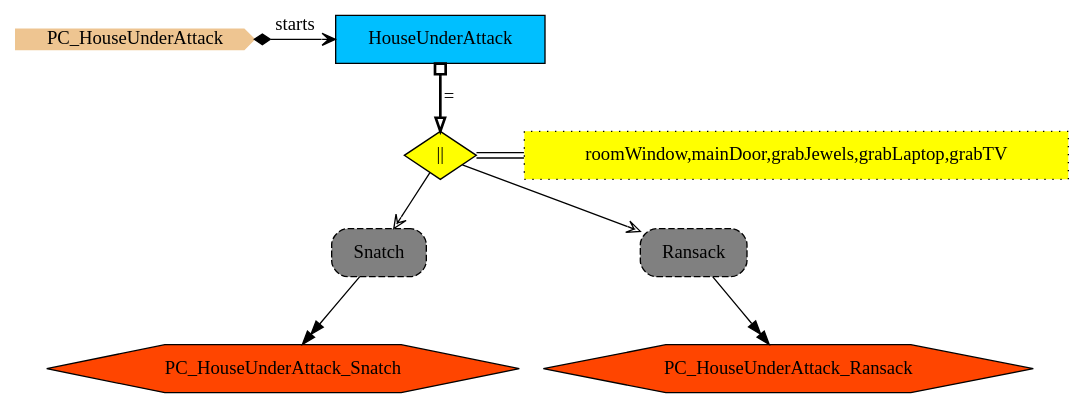
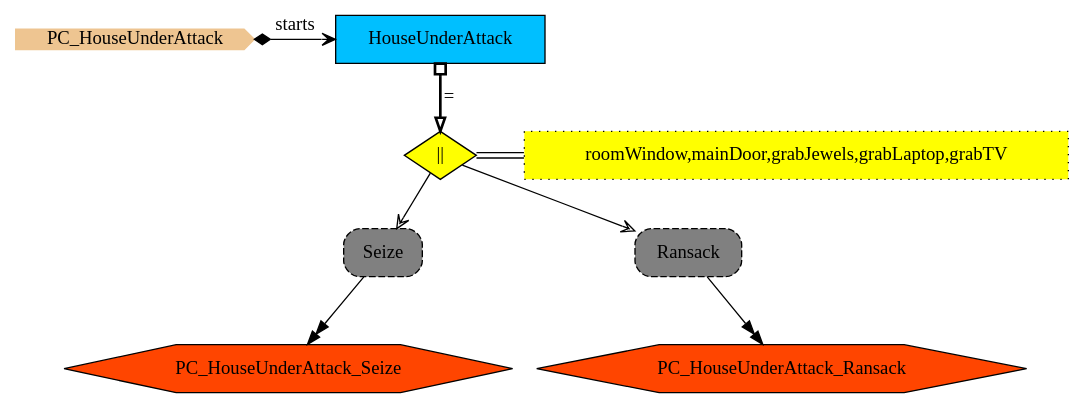
The diagram in Haskell/PCs/PCs/img/PC_HouseUnderAttack.gv (namalio/Fragmenta_PCs), drawn with Graphviz before and after one commit. The commit also changed 29 other files, not shown here.

```diff
--- a/Haskell/PCs/PCs/img/PC_HouseUnderAttack.gv
+++ b/Haskell/PCs/PCs/img/PC_HouseUnderAttack.gv
@@ -1,21 +1,21 @@
 digraph {
 StartN_ [shape = cds,color=burlywood2,style=filled,height=.2,width=.2, label =PC_HouseUnderAttack];
-RefSnatch [shape=rectangle,fillcolor=gray,style="rounded,filled,dashed",label="Snatch "];
-PC_HouseUnderAttack_Snatch [shape=hexagon,fillcolor=orangered,style=filled,label =PC_HouseUnderAttack_Snatch];
+RefSeize [shape=rectangle,fillcolor=gray,style="rounded,filled,dashed",label="Seize "];
+PC_HouseUnderAttack_Seize [shape=hexagon,fillcolor=orangered,style=filled,label =PC_HouseUnderAttack_Seize];
 RefRansack [shape=rectangle,fillcolor=gray,style="rounded,filled,dashed",label="Ransack "];
 PC_HouseUnderAttack_Ransack [shape=hexagon,fillcolor=orangered,style=filled,label =PC_HouseUnderAttack_Ransack];
 HouseUnderAttack [shape=box,fillcolor=deepskyblue,style = filled,label="HouseUnderAttack "];
 OpHouseUnderAttack [shape=diamond,fillcolor=yellow,style = filled,label="||"];
 OpHouseUnderAttack_ps[shape=rect,fillcolor=yellow,style="filled,dotted",label="roomWindow,mainDoor,grabJewels,grabLaptop,grabTV"];
 OpHouseUnderAttack->OpHouseUnderAttack_ps [dir=none,color="black:invis:black"];
 {rank=same;OpHouseUnderAttack,OpHouseUnderAttack_ps}
 
 {rank=min;StartN_,HouseUnderAttack}
 
-OpHouseUnderAttack->RefSnatch[arrowhead="vee",fillcolor=white];
-RefSnatch->PC_HouseUnderAttack_Snatch[arrowhead="normalnormal",label=" "];
+OpHouseUnderAttack->RefSeize[arrowhead="vee",fillcolor=white];
+RefSeize->PC_HouseUnderAttack_Seize[arrowhead="normalnormal",label=" "];
 OpHouseUnderAttack->RefRansack[arrowhead="vee",fillcolor=white];
 RefRansack->PC_HouseUnderAttack_Ransack[arrowhead="normalnormal",label=" "];
 StartN_->HouseUnderAttack[arrowhead="open",arrowtail=diamond,dir=both,label="starts"];
 HouseUnderAttack->OpHouseUnderAttack[arrowhead="onormal",dir=both,arrowtail=obox,penwidth=2,label="="];
 }
```
